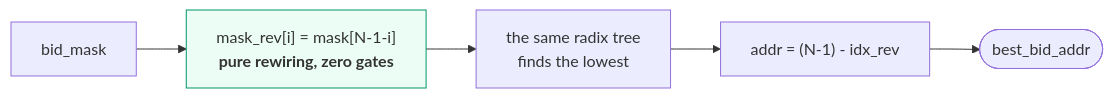
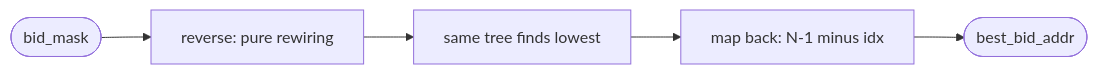
Before and after one commit to Rushmello369/fpga-feed-handler: the fifth of 5 diagrams in docs/diagrams/priority_encoder.md, drawn with Mermaid. The commit also changed other lines of this file and 12 other files, not shown here.

Commit message:
add diagrams for system and module architectures

````diff
--- a/docs/diagrams/priority_encoder.md
+++ b/docs/diagrams/priority_encoder.md
@@ -136,10 +102,7 @@
 ```mermaid
 flowchart LR
-    BM["bid_mask"] --> REV["mask_rev[i] = mask[N-1-i]<br/><b>pure rewiring, zero gates</b>"]
-    REV --> TREE["the same radix tree<br/>finds the lowest"]
-    TREE --> MAP["addr = (N-1) - idx_rev"]
-    MAP --> OUT(["best_bid_addr"])
-
-    classDef free fill:#ecfdf5,stroke:#059669
-    class REV free
+    BM([bid_mask]) --> REV[reverse: pure rewiring]
+    REV --> TREE[same tree finds lowest]
+    TREE --> MAP[map back: N-1 minus idx]
+    MAP --> OUT([best_bid_addr])
 ```
````
